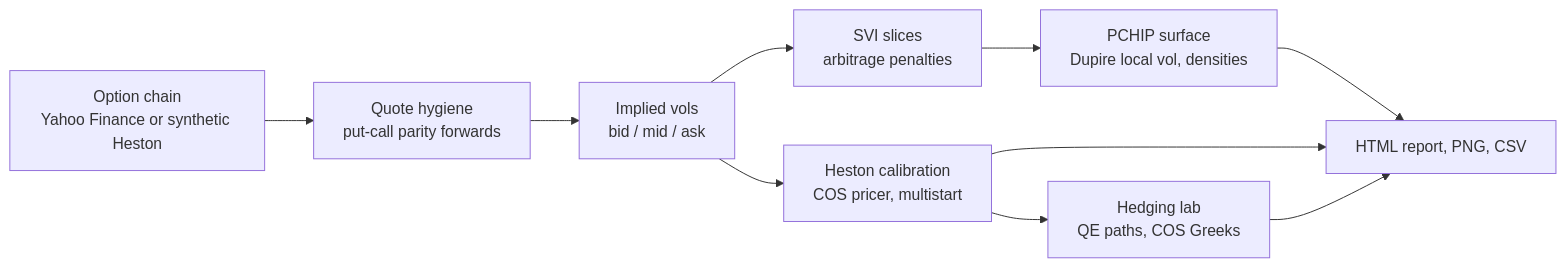
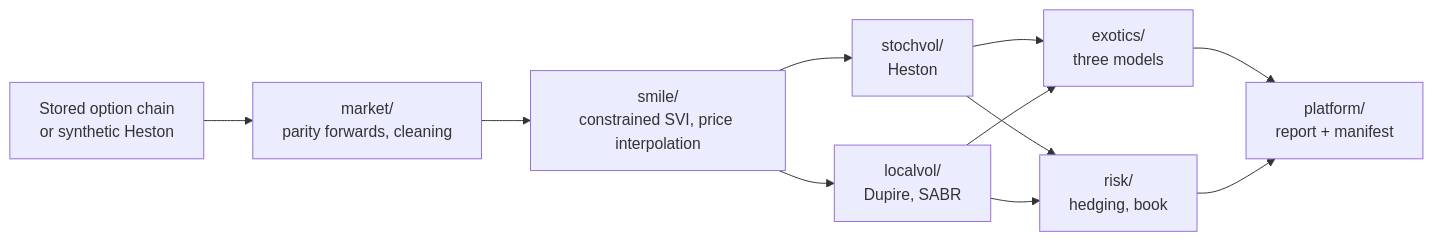
One commit to elmarfarajov/volatility-surface-lab changed the diagram in README.md. Above: the diagram before and after it, drawn with Mermaid. The commit also changed other lines of this file and 15 other files, not shown here.

````diff
--- a/README.md
+++ b/README.md
@@ -248,12 +230,13 @@
 ```mermaid
 flowchart LR
-    A["Option chain<br/>Yahoo Finance or synthetic Heston"] --> B["Quote hygiene<br/>put-call parity forwards"]
-    B --> C["Implied vols<br/>bid / mid / ask"]
-    C --> D["SVI slices<br/>arbitrage penalties"]
-    D --> E["PCHIP surface<br/>Dupire local vol, densities"]
-    C --> F["Heston calibration<br/>COS pricer, multistart"]
-    F --> G["Hedging lab<br/>QE paths, COS Greeks"]
-    E --> H["HTML report, PNG, CSV"]
-    F --> H
+    A["Stored option chain<br/>or synthetic Heston"] --> B["market/<br/>parity forwards, cleaning"]
+    B --> C["smile/<br/>constrained SVI, price interpolation"]
+    C --> D["stochvol/<br/>Heston"]
+    C --> E["localvol/<br/>Dupire, SABR"]
+    D --> F["exotics/<br/>three models"]
+    E --> F
+    D --> G["risk/<br/>hedging, book"]
+    E --> G
+    F --> H["platform/<br/>report + manifest"]
     G --> H
 ```
````
